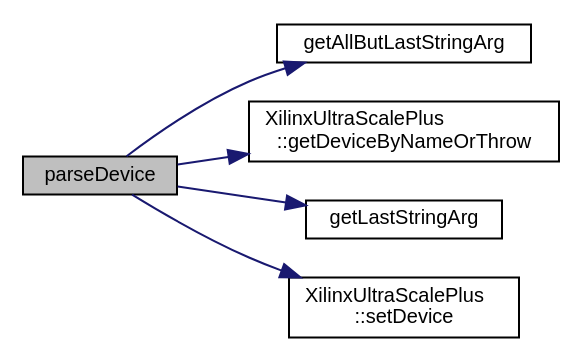
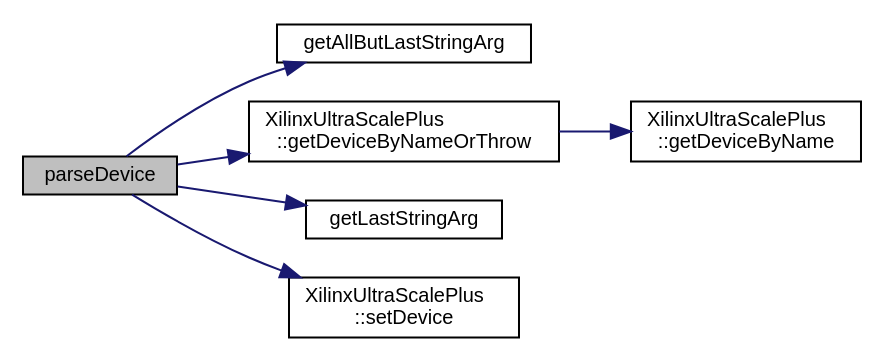
One commit to FPGA-Research-Manchester/byteman changed the diagram in byteman_8cpp_a883440ce4fd99a9d8375dd36b34346ee_cgraph.dot. Above: the diagram before and after it, drawn with Graphviz. The commit also changed 170 other files, not shown here.

```diff
--- a/byteman_8cpp_a883440ce4fd99a9d8375dd36b34346ee_cgraph.dot
+++ b/byteman_8cpp_a883440ce4fd99a9d8375dd36b34346ee_cgraph.dot
@@ -1,17 +1,19 @@
 digraph "parseDevice"
 {
  // INTERACTIVE_SVG=YES
  // LATEX_PDF_SIZE
   edge [fontname="Helvetica",fontsize="10",labelfontname="Helvetica",labelfontsize="10"];
   node [fontname="Helvetica",fontsize="10",shape=record];
   rankdir="LR";
   Node1 [label="parseDevice",height=0.2,width=0.4,color="black", fillcolor="grey75", style="filled", fontcolor="black",tooltip=" "];
   Node1 -> Node2 [color="midnightblue",fontsize="10",style="solid",fontname="Helvetica"];
   Node2 [label="getAllButLastStringArg",height=0.2,width=0.4,color="black", fillcolor="white", style="filled",URL="$byteman_8cpp.html#abb94c0ff14dd633ff41b3b9f83ae0bd3",tooltip=" "];
   Node1 -> Node3 [color="midnightblue",fontsize="10",style="solid",fontname="Helvetica"];
   Node3 [label="XilinxUltraScalePlus\l::getDeviceByNameOrThrow",height=0.2,width=0.4,color="black", fillcolor="white", style="filled",URL="$classXilinxUltraScalePlus.html#aa7161a5191cf43caf46263dbc82a45ef",tooltip=" "];
-  Node1 -> Node4 [color="midnightblue",fontsize="10",style="solid",fontname="Helvetica"];
-  Node4 [label="getLastStringArg",height=0.2,width=0.4,color="black", fillcolor="white", style="filled",URL="$byteman_8cpp.html#a00471d4a59c1bf585fbc1cdf2398a02d",tooltip=" "];
+  Node3 -> Node4 [color="midnightblue",fontsize="10",style="solid",fontname="Helvetica"];
+  Node4 [label="XilinxUltraScalePlus\l::getDeviceByName",height=0.2,width=0.4,color="black", fillcolor="white", style="filled",URL="$classXilinxUltraScalePlus.html#aff5435669bcff7d1a37611e13d32a3f4",tooltip=" "];
   Node1 -> Node5 [color="midnightblue",fontsize="10",style="solid",fontname="Helvetica"];
-  Node5 [label="XilinxUltraScalePlus\l::setDevice",height=0.2,width=0.4,color="black", fillcolor="white", style="filled",URL="$classXilinxUltraScalePlus.html#a762297dd90b02efcbb4a4aa0274dd34b",tooltip=" "];
+  Node5 [label="getLastStringArg",height=0.2,width=0.4,color="black", fillcolor="white", style="filled",URL="$byteman_8cpp.html#a00471d4a59c1bf585fbc1cdf2398a02d",tooltip=" "];
+  Node1 -> Node6 [color="midnightblue",fontsize="10",style="solid",fontname="Helvetica"];
+  Node6 [label="XilinxUltraScalePlus\l::setDevice",height=0.2,width=0.4,color="black", fillcolor="white", style="filled",URL="$classXilinxUltraScalePlus.html#a762297dd90b02efcbb4a4aa0274dd34b",tooltip=" "];
 }
```
